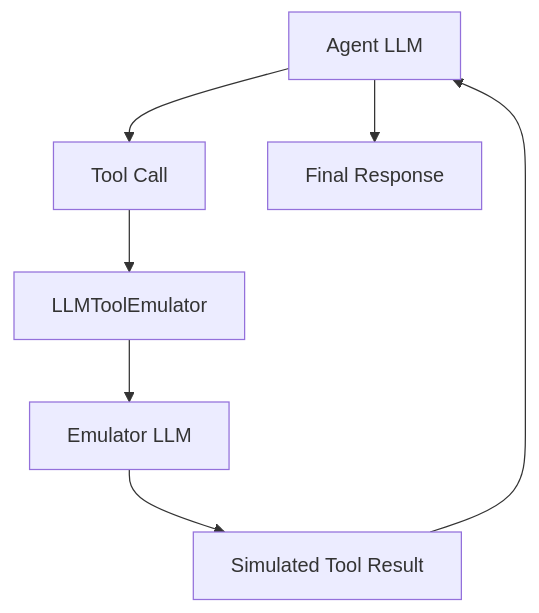
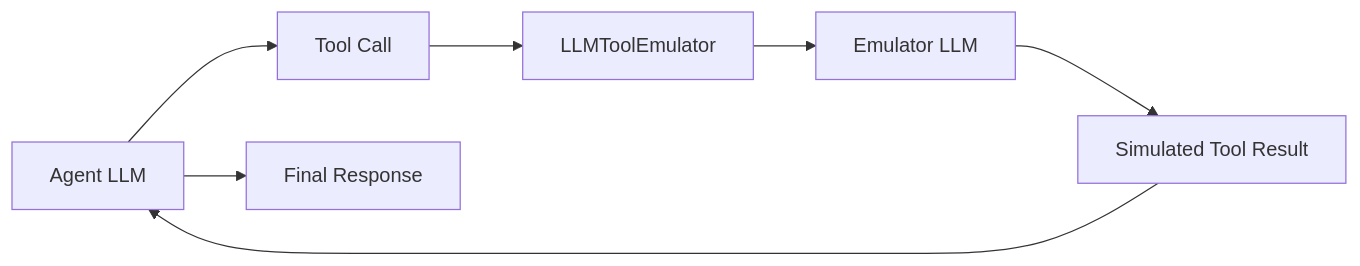
Before and after one commit to pasrichashivam/langchain-learning: diagram 12 of 13 in notebooks/07_middlewares/README.md, drawn with Mermaid. The commit also changed other lines of this file and 5 other files, not shown here.

````diff
--- a/notebooks/07_middlewares/README.md
+++ b/notebooks/07_middlewares/README.md
@@ -322,9 +324,9 @@
 ```mermaid
-flowchart TD
+flowchart LR
     A[Agent LLM] --> B[Tool Call]
     B --> C[LLMToolEmulator]
     C --> D[Emulator LLM]
     D --> E[Simulated Tool Result]
     E --> A
     A --> F[Final Response]
 ```
````
